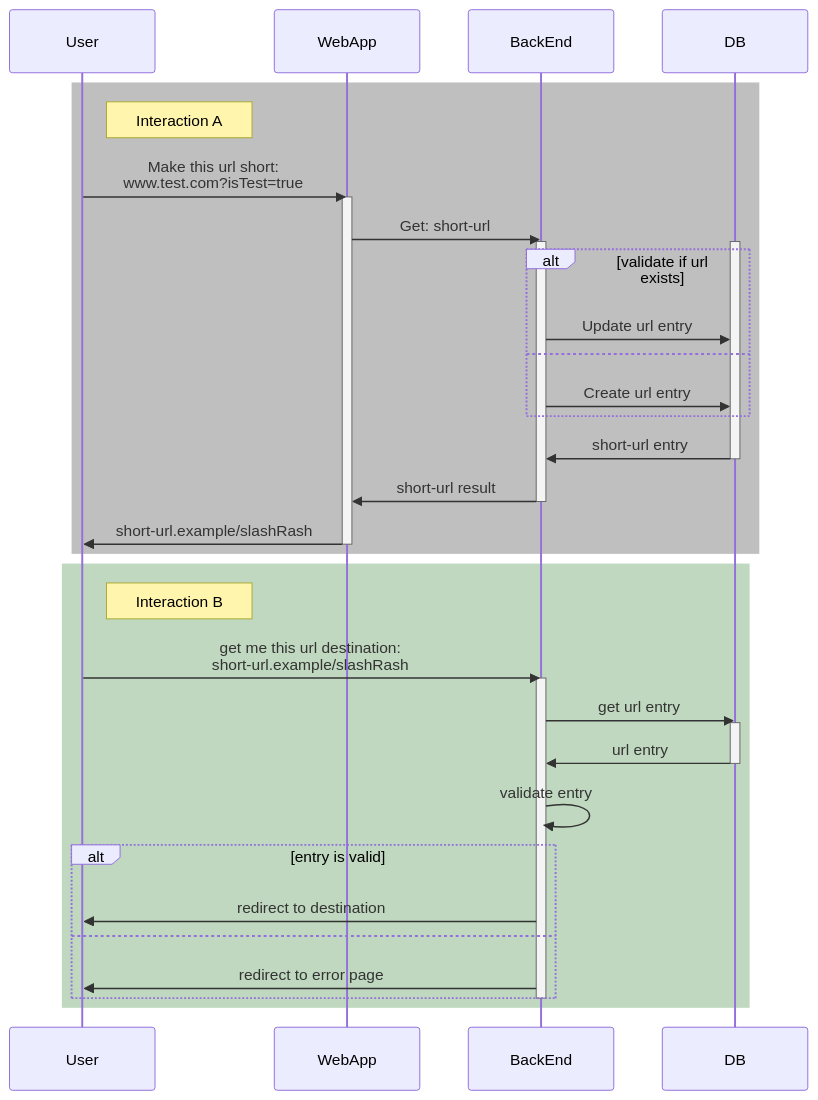
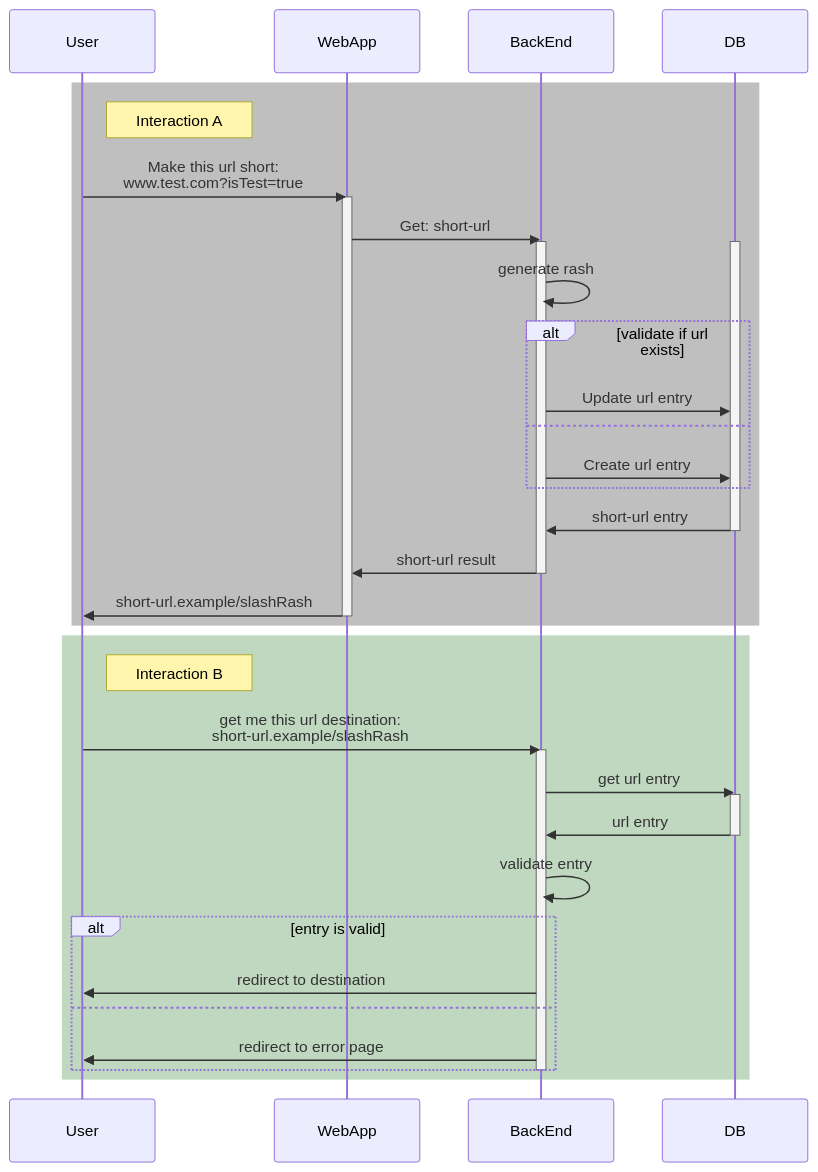
One commit to vzsoares/shortener changed the diagram in doc/app-sequence.md. Above: the diagram before and after it, drawn with Mermaid.

Commit message:
chr: upt doc

````diff
--- a/doc/app-sequence.md
+++ b/doc/app-sequence.md
@@ -1,43 +1,44 @@
 ```mermaid
 sequenceDiagram
 
 participant u as User
 participant w as WebApp
 participant b as BackEnd
 participant d as DB
 rect rgba(0,0,0,0.25)
 note right of u: Interaction A
     u->>w: Make this url short:<br/> www.test.com?isTest=true
     activate w
     w->>b: Get: short-url
     activate b
     activate d
+    b->>b: generate rash
     alt validate if url exists
         b->>d: Update url entry
     else
         b->>d: Create url entry
     end
     d->>b: short-url entry
     deactivate d
     b->>w: short-url result
     deactivate b
     w->>u: short-url.example/slashRash
     deactivate w
 end
 rect rgba(0,100,0,0.25)
 note right of u: Interaction B
     u->>b: get me this url destination:<br/>short-url.example/slashRash
     activate b
     b->>d: get url entry
     activate d
     d->>b: url entry
     deactivate d
     b->>b: validate entry
     alt entry is valid
         b->>u: redirect to destination
     else
         b->>u: redirect to error page
     end
     deactivate b
 end
 ```
````
